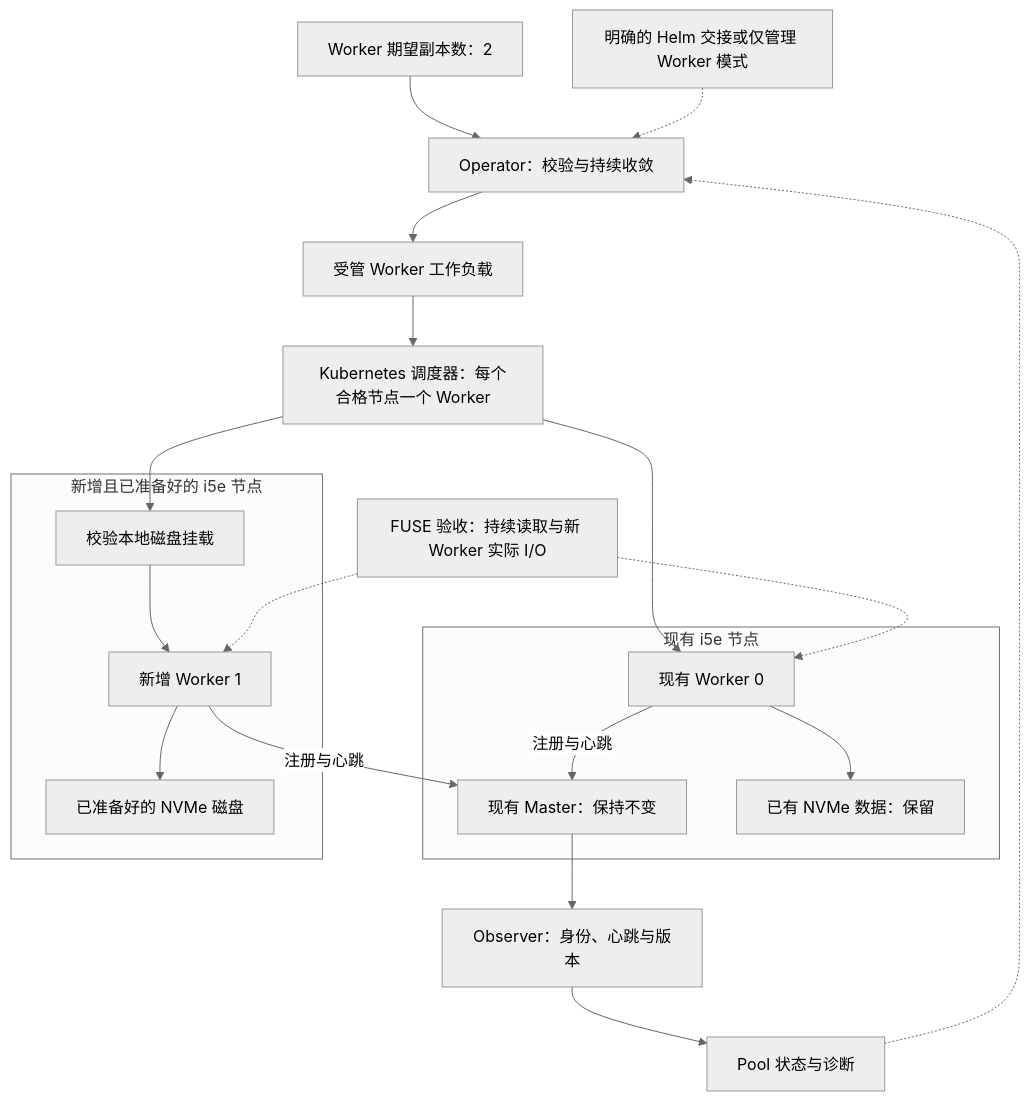
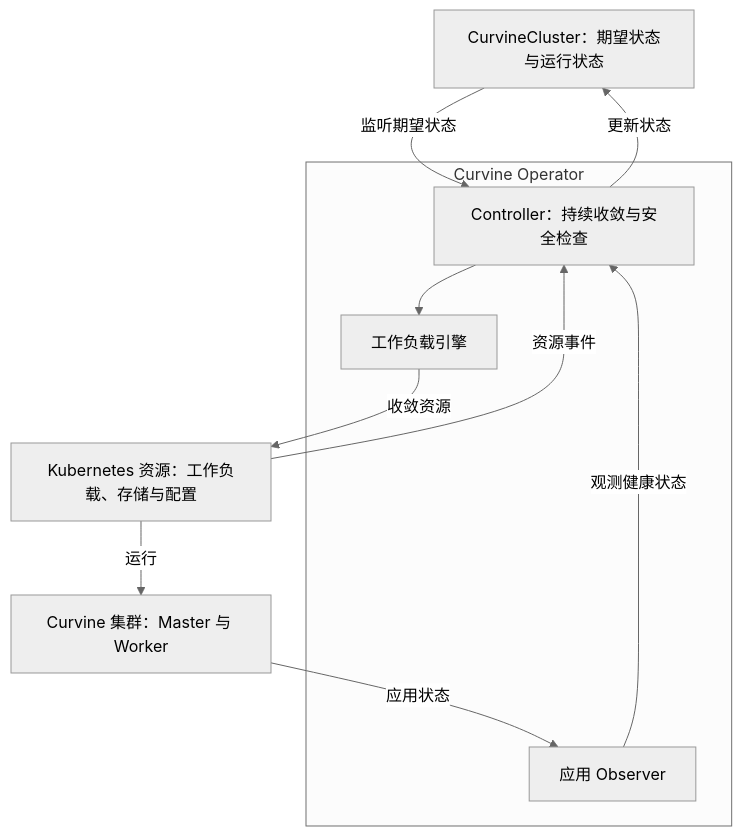
Before and after one commit to wsq2333/curvine-operator: the diagram in README_zh.md, drawn with Mermaid (neutral theme). The commit also changed other lines of this file and 1 other file, not shown here.

Commit message:
docs: clarify general operator architecture and scope

````diff
--- a/README_zh.md
+++ b/README_zh.md
@@ -48,24 +11,13 @@
 ```mermaid
 flowchart TB
-  Intent["Worker 期望副本数：2"] --> Operator["Operator：校验与持续收敛"]
-  Integration["明确的 Helm 交接或仅管理 Worker 模式"] -.-> Operator
-  Operator --> Workload["受管 Worker 工作负载"]
-  Workload --> Scheduler["Kubernetes 调度器：每个合格节点一个 Worker"]
-  Scheduler --> W0
-  Scheduler --> Guard
-  subgraph NodeA["现有 i5e 节点"]
-    Master["现有 Master：保持不变"]
-    W0["现有 Worker 0"] --> D0["已有 NVMe 数据：保留"]
+  CR["CurvineCluster：期望状态与运行状态"] -->|监听期望状态| Controller
+  subgraph Operator["Curvine Operator"]
+    Controller["Controller：持续收敛与安全检查"] --> Engine["工作负载引擎"]
+    Observer["应用 Observer"] -->|观测健康状态| Controller
   end
-  subgraph NodeB["新增且已准备好的 i5e 节点"]
-    Guard["校验本地磁盘挂载"] --> W1["新增 Worker 1"]
-    W1 --> D1["已准备好的 NVMe 磁盘"]
-  end
-  W0 -->|注册与心跳| Master
-  W1 -->|注册与心跳| Master
-  Master --> Observer["Observer：身份、心跳与版本"]
-  Observer --> Status["Pool 状态与诊断"]
-  Status -.-> Operator
-  Acceptance["FUSE 验收：持续读取与新 Worker 实际 I/O"] -.-> W0
-  Acceptance -.-> W1
+  Controller -->|更新状态| CR
+  Engine -->|收敛资源| Resources["Kubernetes 资源：工作负载、存储与配置"]
+  Resources -->|资源事件| Controller
+  Resources -->|运行| Cluster["Curvine 集群：Master 与 Worker"]
+  Cluster -->|应用状态| Observer
 ```
````
